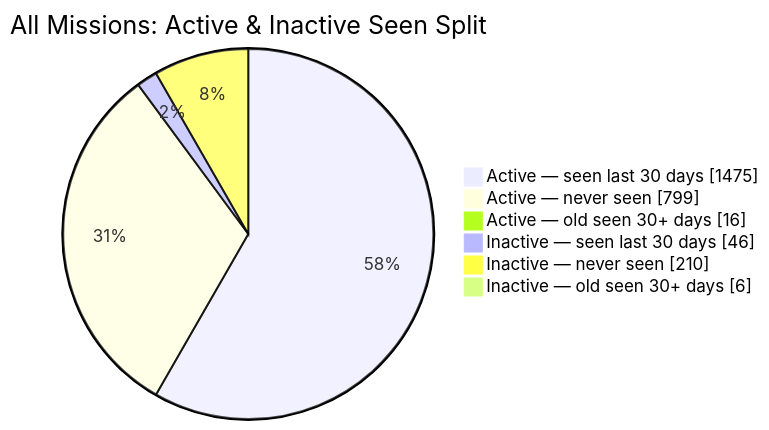
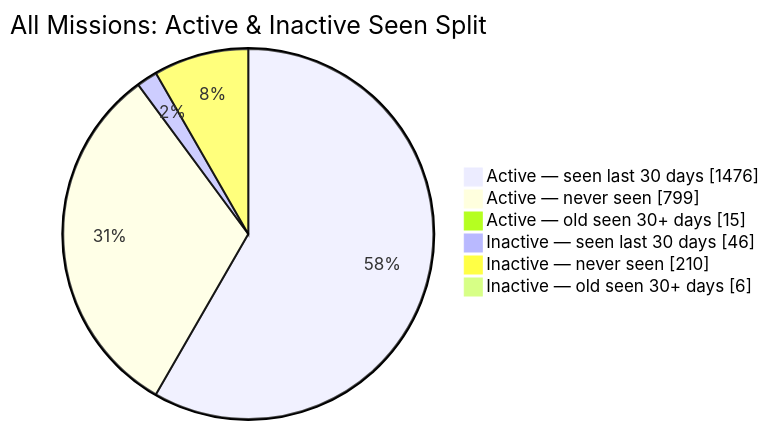
One commit to MeldkamerspelGameTeam/active-missions changed the second of 2 diagrams in README.md. Above: the diagram before and after it, drawn with Mermaid. The commit also changed other lines of this file and 2 other files, not shown here.

````diff
--- a/README.md
+++ b/README.md
@@ -44,10 +44,10 @@
 ```mermaid
 pie showData
     title All Missions: Active & Inactive Seen Split
-    "Active — seen last 30 days" : 1475
+    "Active — seen last 30 days" : 1476
     "Active — never seen" : 799
-    "Active — old seen 30+ days" : 16
+    "Active — old seen 30+ days" : 15
     "Inactive — seen last 30 days" : 46
     "Inactive — never seen" : 210
     "Inactive — old seen 30+ days" : 6
 ```
````
